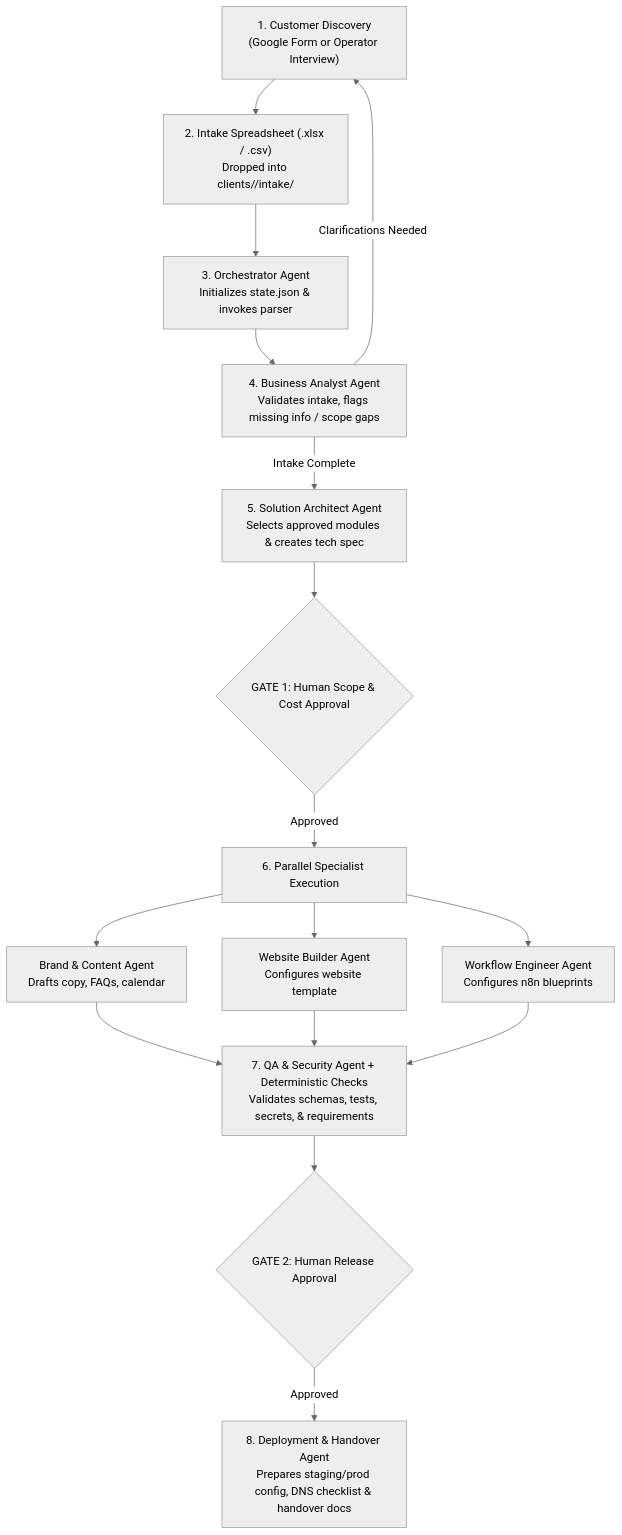
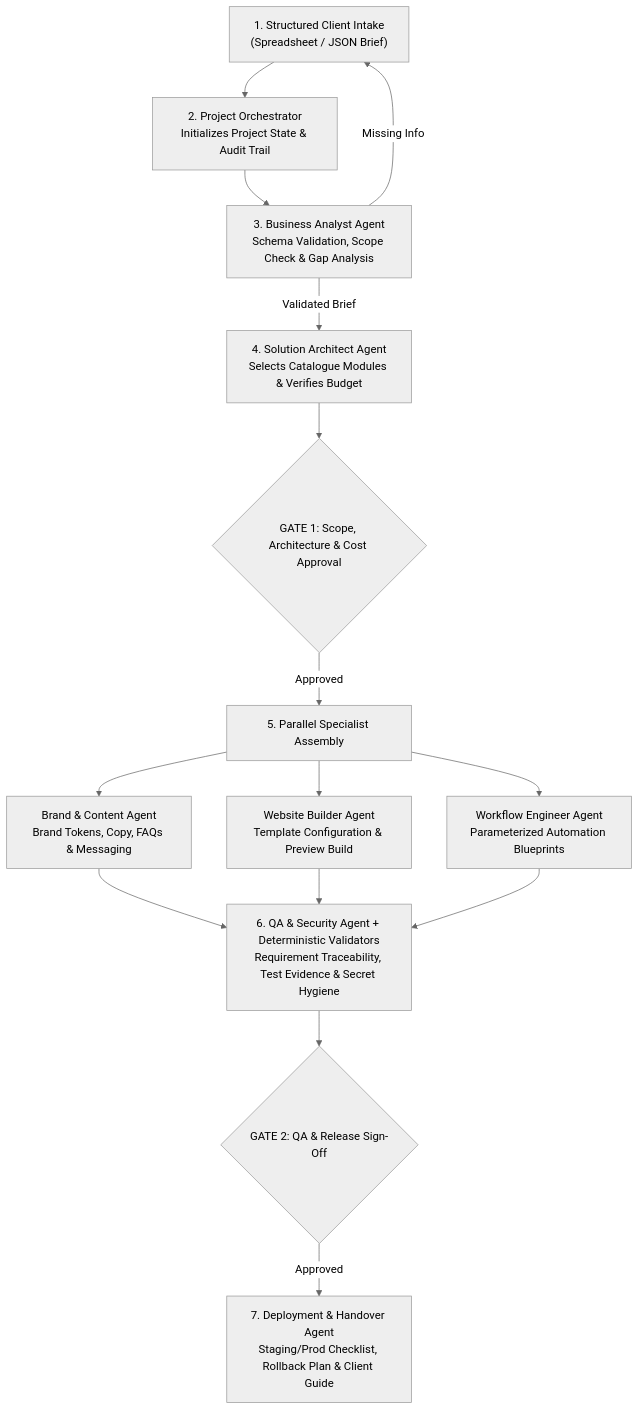
One commit to samuelvalla-9/orchbiz changed the diagram in README.md. Above: the diagram before and after it, drawn with Mermaid (neutral theme). The commit also changed other lines of this file and 7 other files, not shown here.

````diff
--- a/README.md
+++ b/README.md
@@ -35,16 +21,15 @@
 ```mermaid
 flowchart TD
-    A["1. Customer Discovery\n(Google Form or Operator Interview)"] --> B["2. Intake Spreadsheet (.xlsx / .csv)\nDropped into clients/<client-slug>/intake/"]
-    B --> C["3. Orchestrator Agent\nInitializes state.json & invokes parser"]
-    C --> D["4. Business Analyst Agent\nValidates intake, flags missing info / scope gaps"]
-    D -->|Clarifications Needed| A
-    D -->|Intake Complete| E["5. Solution Architect Agent\nSelects approved modules & creates tech spec"]
-    E --> F{"GATE 1: Human Scope & Cost Approval"}
-    F -->|Approved| G["6. Parallel Specialist Execution"]
-    G --> G1["Brand & Content Agent\nDrafts copy, FAQs, calendar"]
-    G --> G2["Website Builder Agent\nConfigures website template"]
-    G --> G3["Workflow Engineer Agent\nConfigures n8n blueprints"]
-    G1 & G2 & G3 --> H["7. QA & Security Agent + Deterministic Checks\nValidates schemas, tests, secrets, & requirements"]
-    H --> I{"GATE 2: Human Release Approval"}
-    I -->|Approved| J["8. Deployment & Handover Agent\nPrepares staging/prod config, DNS checklist & handover docs"]
+    A["1. Structured Client Intake\n(Spreadsheet / JSON Brief)"] --> B["2. Project Orchestrator\nInitializes Project State & Audit Trail"]
+    B --> C["3. Business Analyst Agent\nSchema Validation, Scope Check & Gap Analysis"]
+    C -->|Missing Info| A
+    C -->|Validated Brief| D["4. Solution Architect Agent\nSelects Catalogue Modules & Verifies Budget"]
+    D --> E{"GATE 1: Scope, Architecture & Cost Approval"}
+    E -->|Approved| F["5. Parallel Specialist Assembly"]
+    F --> F1["Brand & Content Agent\nBrand Tokens, Copy, FAQs & Messaging"]
+    F --> F2["Website Builder Agent\nTemplate Configuration & Preview Build"]
+    F --> F3["Workflow Engineer Agent\nParameterized Automation Blueprints"]
+    F1 & F2 & F3 --> G["6. QA & Security Agent + Deterministic Validators\nRequirement Traceability, Test Evidence & Secret Hygiene"]
+    G --> H{"GATE 2: QA & Release Sign-Off"}
+    H -->|Approved| I["7. Deployment & Handover Agent\nStaging/Prod Checklist, Rollback Plan & Client Guide"]
 ```
````
